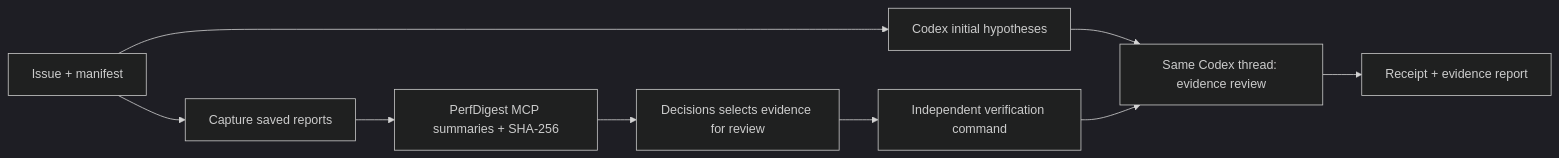
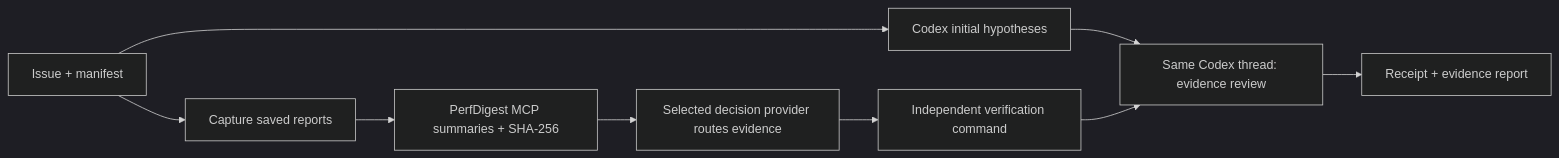
Before and after one commit to onlyxItachi/perfdigest-plugin: the diagram in README.md, drawn with Mermaid (dark theme). The commit also changed other lines of this file and 12 other files, not shown here.

````diff
--- a/README.md
+++ b/README.md
@@ -37,11 +37,11 @@
 ```mermaid
 flowchart LR
     Q[Issue + manifest] --> W[Capture saved reports]
     Q --> C[Codex initial hypotheses]
     W --> P[PerfDigest MCP summaries + SHA-256]
-    P --> D[Decisions selects evidence for review]
+    P --> D[Selected decision provider routes evidence]
     D --> V[Independent verification command]
     C --> R[Same Codex thread: evidence review]
     V --> R
     R --> O[Receipt + evidence report]
 ```
````
